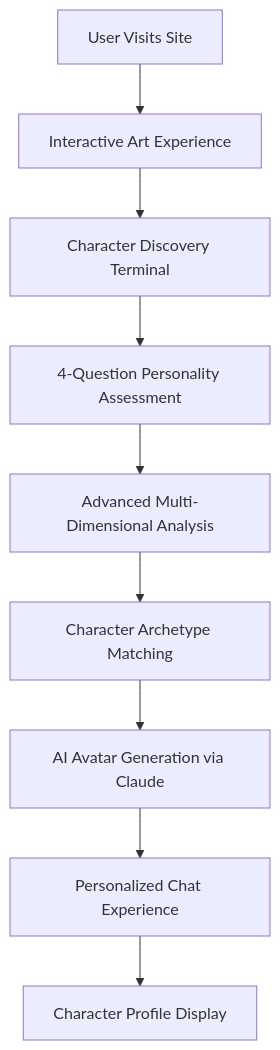
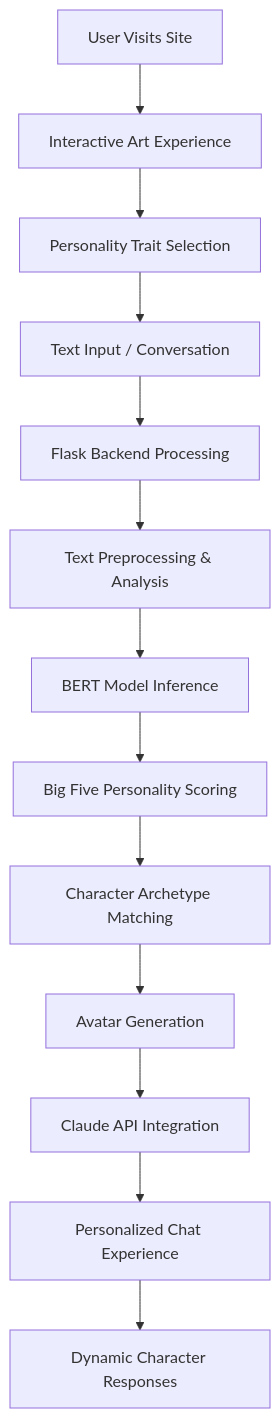
The diagram in README.md (el-fuegoso/website), drawn with Mermaid before and after one commit. The commit also changed other lines of this file and 12 other files, not shown here.

First line of the commit message:
Feature: Add intelligent terminal interface with smart text classification

````diff
--- a/README.md
+++ b/README.md
@@ -73,11 +90,15 @@
 ```mermaid
 graph TD
     A[User Visits Site] --> B[Interactive Art Experience]
-    B --> C[Character Discovery Terminal]
-    C --> D[4-Question Personality Assessment]
-    D --> E[Advanced Multi-Dimensional Analysis]
-    E --> F[Character Archetype Matching]
-    F --> G[AI Avatar Generation via Claude]
-    G --> H[Personalized Chat Experience]
-    H --> I[Character Profile Display]
+    B --> C[Personality Trait Selection]
+    C --> D[Text Input / Conversation]
+    D --> E[Flask Backend Processing]
+    E --> F[Text Preprocessing & Analysis]
+    F --> G[BERT Model Inference]
+    G --> H[Big Five Personality Scoring]
+    H --> I[Character Archetype Matching]
+    I --> J[Avatar Generation]
+    J --> K[Claude API Integration]
+    K --> L[Personalized Chat Experience]
+    L --> M[Dynamic Character Responses]
 ```
````
